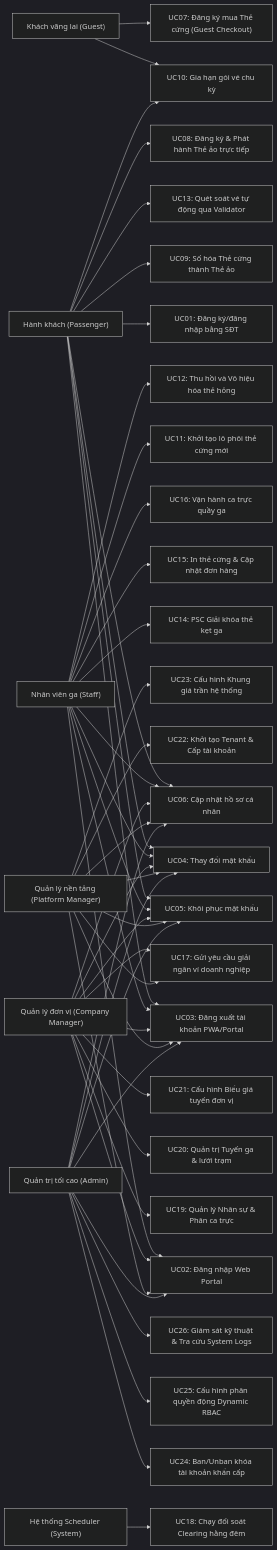
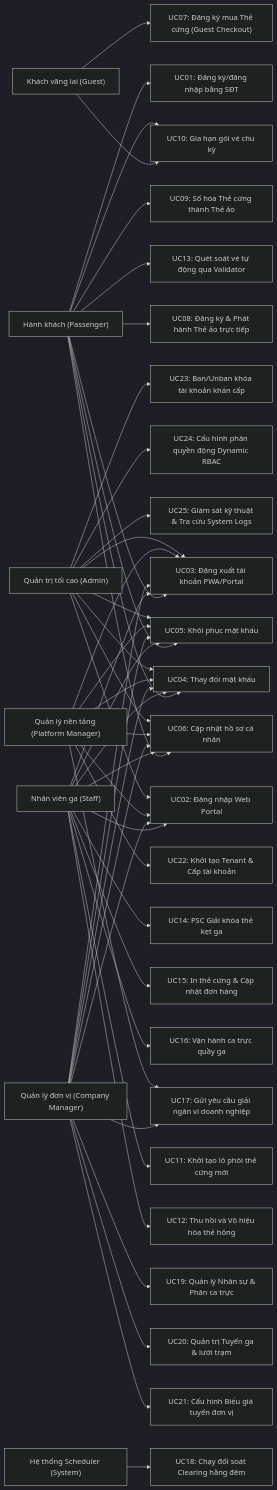
Before and after one commit to PhungMinhQuang0811/MetroBus_Ops_BE: the diagram in document/use_case_specifications.md, drawn with Mermaid (dark theme). The commit also changed other lines of this file and 36 other files, not shown here.

````diff
--- a/document/use_case_specifications.md
+++ b/document/use_case_specifications.md
@@ -11,70 +11,69 @@
 ```mermaid
 graph LR
     %% Actors
     Guest["Khách vãng lai (Guest)"]
     Passenger["Hành khách (Passenger)"]
     Staff["Nhân viên ga (Staff)"]
     CompManager["Quản lý đơn vị (Company Manager)"]
     PlatManager["Quản lý nền tảng (Platform Manager)"]
     Admin["Quản trị tối cao (Admin)"]
     System["Hệ thống Scheduler (System)"]
 
     %% Guest & Passenger Use Cases
     Guest --> UC07["UC07: Đăng ký mua Thẻ cứng (Guest Checkout)"]
     Guest --> UC10["UC10: Gia hạn gói vé chu kỳ"]
     Passenger --> UC01["UC01: Đăng ký/đăng nhập bằng SĐT"]
     Passenger --> UC03["UC03: Đăng xuất tài khoản PWA/Portal"]
     Passenger --> UC05["UC05: Khôi phục mật khẩu"]
     Passenger --> UC06["UC06: Cập nhật hồ sơ cá nhân"]
     Passenger --> UC09["UC09: Số hóa Thẻ cứng thành Thẻ ảo"]
     Passenger --> UC13["UC13: Quét soát vé tự động qua Validator"]
     Passenger --> UC08["UC08: Đăng ký & Phát hành Thẻ ảo trực tiếp"]
     Passenger --> UC10
     Passenger --> UC04["UC04: Thay đổi mật khẩu"]
 
     %% Internal Staff/Admin Use Cases
     Staff --> UC02["UC02: Đăng nhập Web Portal"]
     Staff --> UC03
     Staff --> UC04
     Staff --> UC05
     Staff --> UC06
     Staff --> UC14["UC14: PSC Giải khóa thẻ kẹt ga"]
     Staff --> UC15["UC15: In thẻ cứng & Cập nhật đơn hàng"]
     Staff --> UC16["UC16: Vận hành ca trực quầy ga"]
     Staff --> UC11["UC11: Khởi tạo lô phôi thẻ cứng mới"]
     Staff --> UC12["UC12: Thu hồi và Vô hiệu hóa thẻ hỏng"]
 
     %% Company Manager Use Cases
     CompManager --> UC02
     CompManager --> UC03
     CompManager --> UC04
     CompManager --> UC05
     CompManager --> UC06
     CompManager --> UC19["UC19: Quản lý Nhân sự & Phân ca trực"]
     CompManager --> UC17["UC17: Gửi yêu cầu giải ngân ví doanh nghiệp"]
     CompManager --> UC20["UC20: Quản trị Tuyến ga & lưới trạm"]
     CompManager --> UC21["UC21: Cấu hình Biểu giá tuyến đơn vị"]
 
     %% Platform Manager Use Cases
     PlatManager --> UC02
     PlatManager --> UC03
     PlatManager --> UC04
     PlatManager --> UC05
     PlatManager --> UC06
     PlatManager --> UC22["UC22: Khởi tạo Tenant & Cấp tài khoản"]
     PlatManager --> UC17
-    PlatManager --> UC23["UC23: Cấu hình Khung giá trần hệ thống"]
 
     %% Admin Use Cases
     Admin --> UC02
     Admin --> UC03
     Admin --> UC04
     Admin --> UC05
     Admin --> UC06
-    Admin --> UC24["UC24: Ban/Unban khóa tài khoản khẩn cấp"]
-    Admin --> UC25["UC25: Cấu hình phân quyền động Dynamic RBAC"]
-    Admin --> UC26["UC26: Giám sát kỹ thuật & Tra cứu System Logs"]
+    Admin --> UC23["UC23: Ban/Unban khóa tài khoản khẩn cấp"]
+    Admin --> UC24["UC24: Cấu hình phân quyền động Dynamic RBAC"]
+    Admin --> UC25["UC25: Giám sát kỹ thuật & Tra cứu System Logs"]
 
     %% System Use Cases
     System --> UC18["UC18: Chạy đối soát Clearing hằng đêm"]
 ```
````
